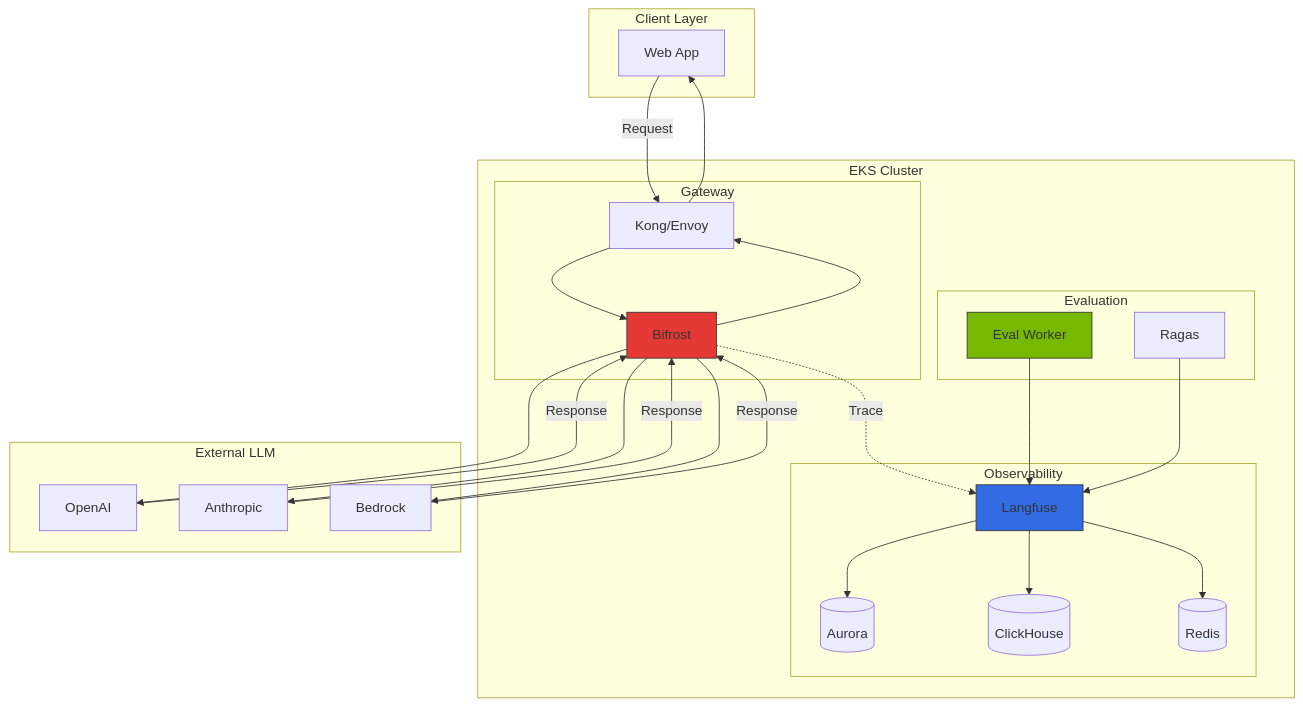
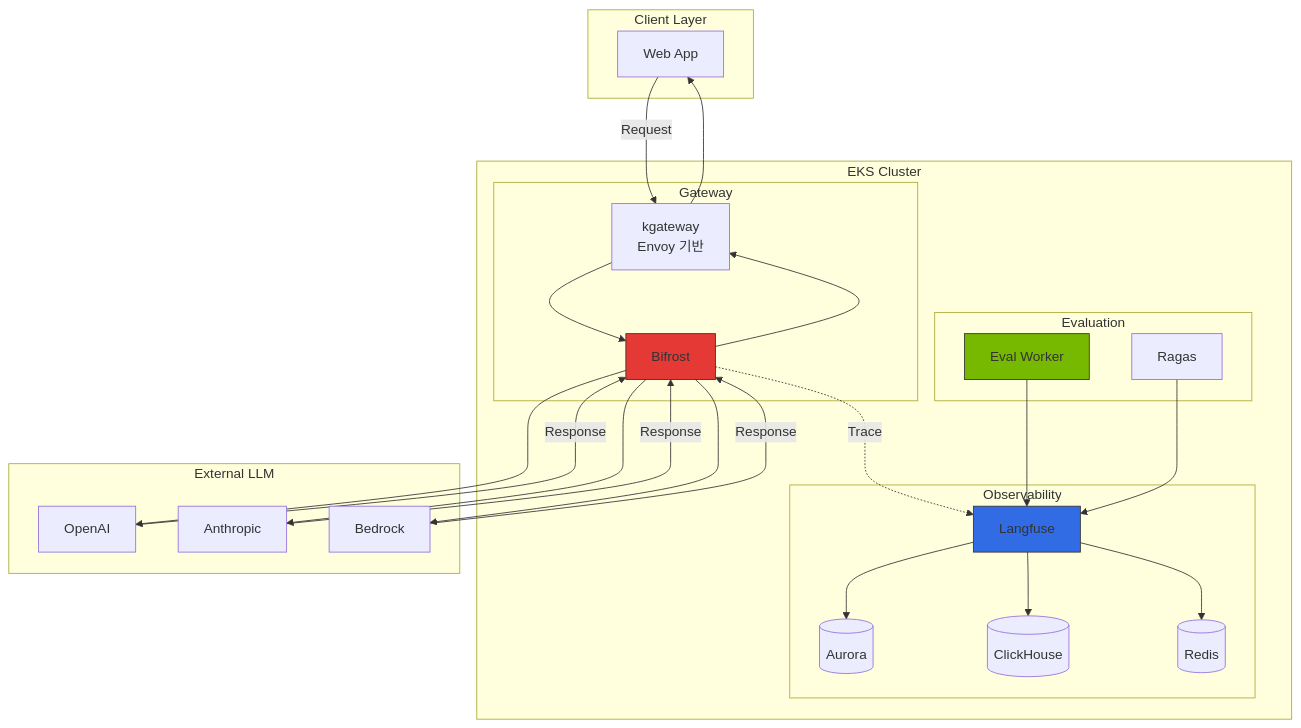
Before and after one commit to devfloor9/engineering-playbook: the second of 3 diagrams in docs/agentic-ai-platform/operations-mlops/llmops-observability.md, drawn with Mermaid. The commit also changed other lines of this file and 23 other files, not shown here.

````diff
--- a/docs/agentic-ai-platform/operations-mlops/llmops-observability.md
+++ b/docs/agentic-ai-platform/operations-mlops/llmops-observability.md
@@ -157,47 +157,47 @@
 ```mermaid
 flowchart TB
     subgraph Client["Client Layer"]
         A[Web App]
     end
 
     subgraph EKS["EKS Cluster"]
         subgraph GW["Gateway"]
-            B[Kong/Envoy]
+            B[kgateway<br/>Envoy 기반]
             C[Bifrost]
         end
 
         subgraph OBS["Observability"]
             D[Langfuse]
             E[(Aurora)]
             F[(ClickHouse)]
             G[(Redis)]
         end
 
         subgraph EVAL["Evaluation"]
             H[Eval Worker]
             I[Ragas]
         end
     end
 
     subgraph EXT["External LLM"]
         J[OpenAI]
         K[Anthropic]
         L[Bedrock]
     end
 
     A -->|Request| B
     B --> C
     C --> J & K & L
     J & K & L -->|Response| C
     C --> B
     B --> A
 
     C -.->|Trace| D
     D --> E & F & G
     H --> D
     I --> D
 
     style C fill:#e53935,stroke:#333
     style D fill:#326ce5,stroke:#333
     style H fill:#76b900,stroke:#333
 ```
````
